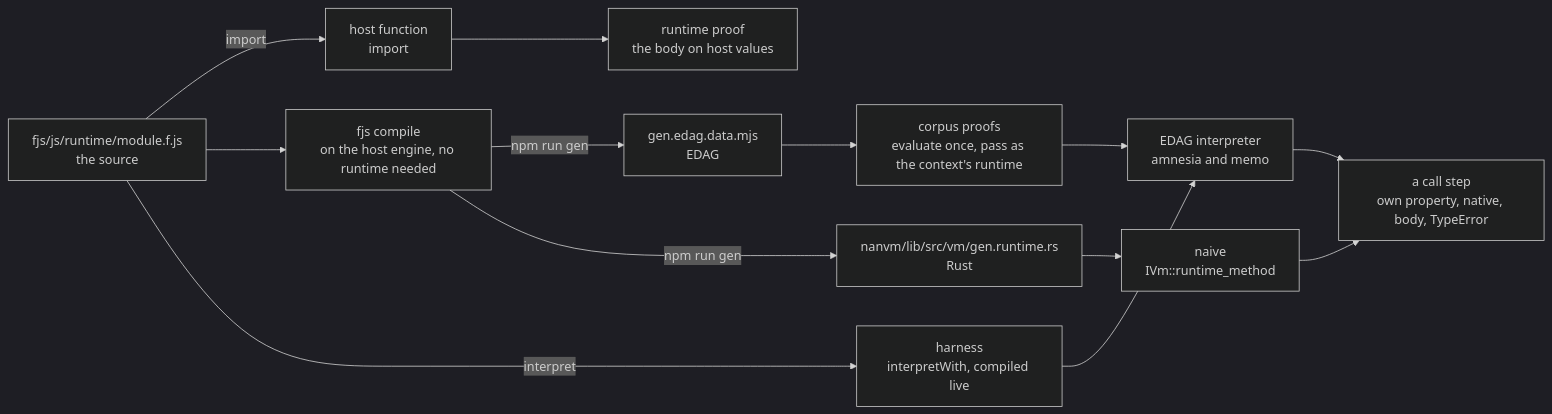
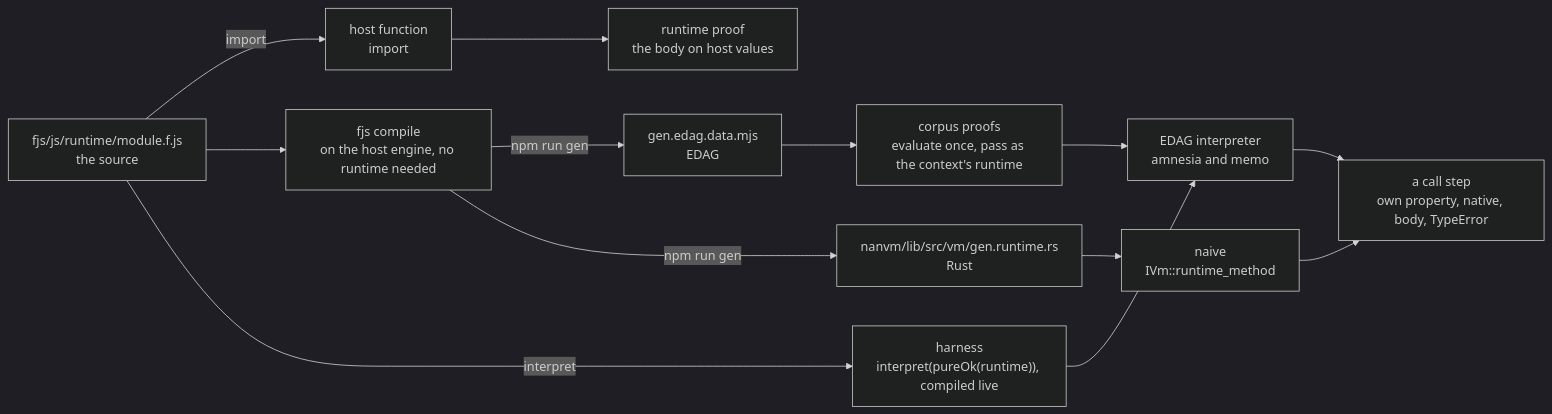
One commit to functionalscript/functionalscript changed the first of 2 diagrams in fjs/js/runtime/README.md. Above: the diagram before and after it, drawn with Mermaid (dark theme). The commit also changed other lines of this file and 13 other files, not shown here.

First line of the commit message:
compiler/transpiler: interpret and transpile take the runtime loader

````diff
--- a/fjs/js/runtime/README.md
+++ b/fjs/js/runtime/README.md
@@ -91,21 +93,21 @@
 ```mermaid
 flowchart LR
     src["fjs/js/runtime/module.f.js<br/>the source"]
     compiler["fjs compile<br/>on the host engine, no runtime needed"]
     host["host function<br/>import"]
     edag["gen.edag.data.mjs<br/>EDAG"]
     rust["nanvm/lib/src/vm/gen.runtime.rs<br/>Rust"]
     proof["runtime proof<br/>the body on host values"]
     corpus["corpus proofs<br/>evaluate once, pass as the context's runtime"]
-    harness["harness<br/>interpretWith, compiled live"]
+    harness["harness<br/>interpret(pureOk(runtime)), compiled live"]
     interpreter["EDAG interpreter<br/>amnesia and memo"]
     naive["naive<br/>IVm::runtime_method"]
     step["a call step<br/>own property, native, body, TypeError"]
     src -->|import| host --> proof
     src --> compiler
     compiler -->|npm run gen| edag --> corpus --> interpreter
     src -->|interpret| harness --> interpreter
     compiler -->|npm run gen| rust --> naive
     interpreter --> step
     naive --> step
 ```
````
